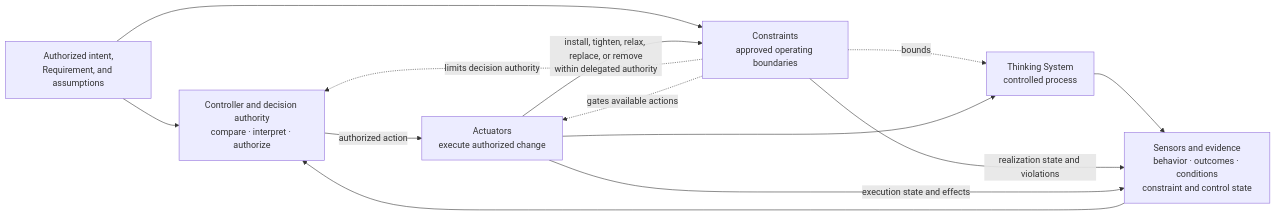
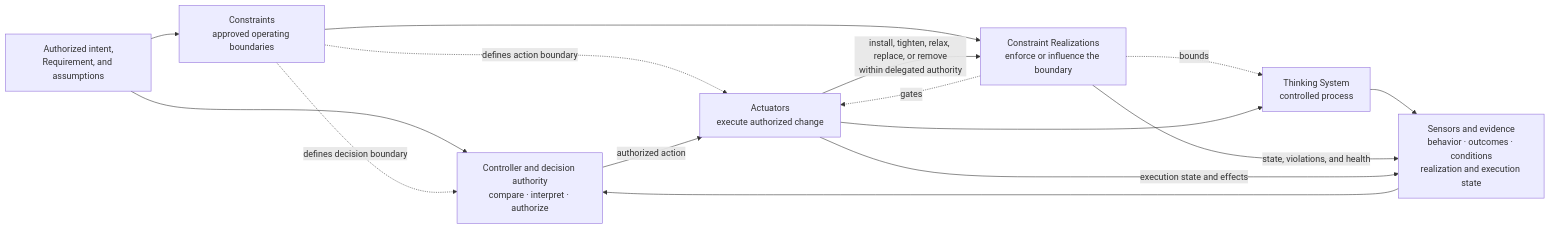
Before and after one commit to UncertaintyArchitectureGroup/uncertainty-architecture: the second of 3 diagrams in 00-doctrine/control-loop-anatomy.md, drawn with Mermaid. The commit also changed other lines of this file, not shown here.

Commit message:
docs: make Constraint Realization explicit in canonical diagrams

````diff
--- a/00-doctrine/control-loop-anatomy.md
+++ b/00-doctrine/control-loop-anatomy.md
@@ -78,25 +80,25 @@
 ```mermaid
 flowchart LR
     R[Authorized intent,<br/>Requirement, and assumptions]
     K[Constraints<br/>approved operating boundaries]
+    KR[Constraint Realizations<br/>enforce or influence the boundary]
     P[Thinking System<br/>controlled process]
-    S[Sensors and evidence<br/>behavior · outcomes · conditions<br/>constraint and control state]
+    S[Sensors and evidence<br/>behavior · outcomes · conditions<br/>realization and execution state]
     C[Controller and decision authority<br/>compare · interpret · authorize]
     A[Actuators<br/>execute authorized change]
 
     R --> C
     R --> K
-
-    K -. bounds .-> P
-    K -. limits decision authority .-> C
-    K -. gates available actions .-> A
-
+    K --> KR
+    K -. defines decision boundary .-> C
+    K -. defines action boundary .-> A
+    KR -. bounds .-> P
+    KR -. gates .-> A
     P --> S
-    K -->|realization state and violations| S
+    KR -->|state, violations, and health| S
     A -->|execution state and effects| S
-
     S --> C
     C -->|authorized action| A
     A --> P
-    A -->|install, tighten, relax, replace, or remove<br/>within delegated authority| K
+    A -->|install, tighten, relax, replace, or remove<br/>within delegated authority| KR
 ```
````
